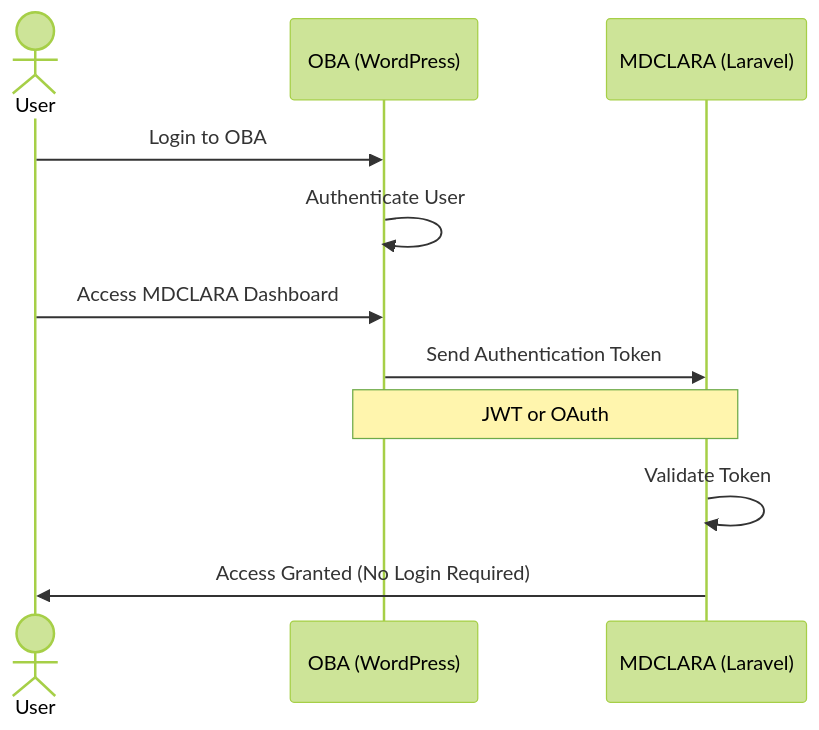
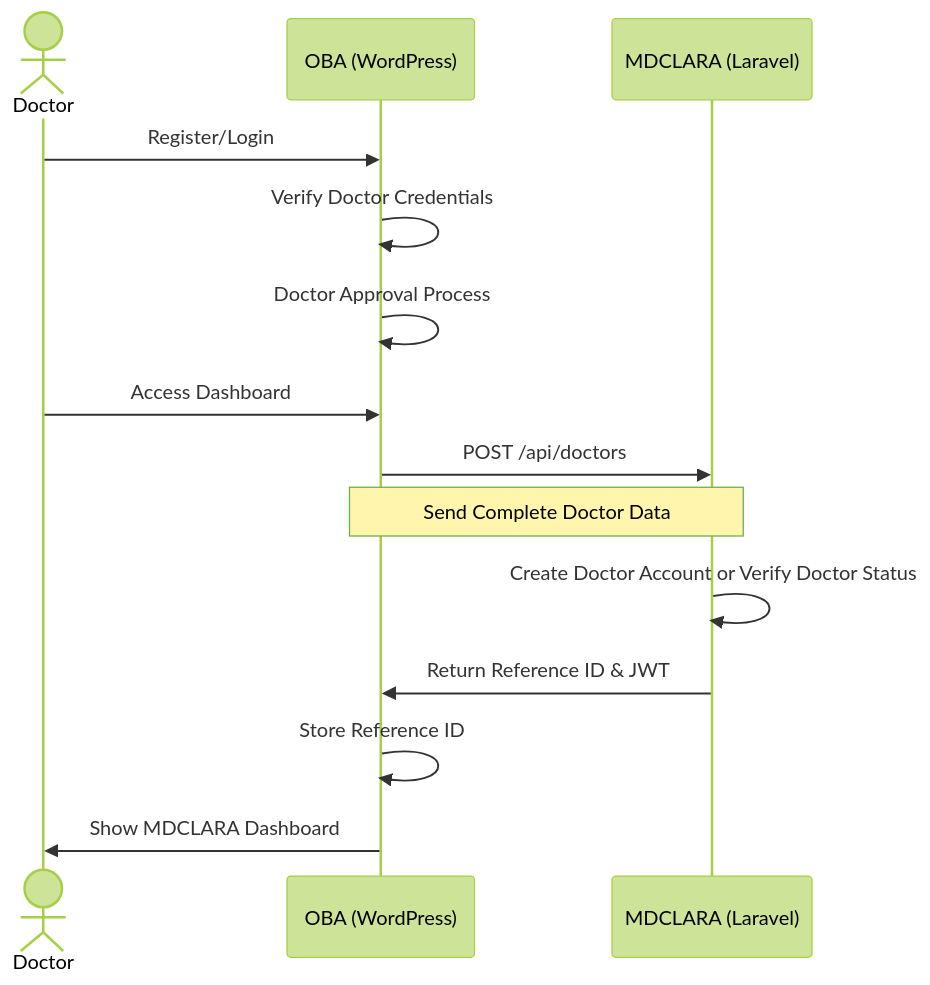
The first of 5 diagrams in simple.md (MOHAMEDHESMAM8/obahealthclub), drawn with Mermaid (forest theme) before and after one commit. The commit also changed other lines of this file and 4 other files, not shown here.

````diff
--- a/simple.md
+++ b/simple.md
@@ -5,14 +6,17 @@
 ```mermaid
 sequenceDiagram
-    actor User
+    actor Doctor
     participant OBA as OBA (WordPress)
     participant MDCLARA as MDCLARA (Laravel)
-    
-    User->>OBA: Login to OBA
-    OBA->>OBA: Authenticate User
-    User->>OBA: Access MDCLARA Dashboard
-    OBA->>MDCLARA: Send Authentication Token
-    Note over OBA,MDCLARA: JWT or OAuth
-    MDCLARA->>MDCLARA: Validate Token
-    MDCLARA->>User: Access Granted (No Login Required)
+    Doctor->>OBA: Register/Login
+    OBA->>OBA: Verify Doctor Credentials
+    OBA->>OBA: Doctor Approval Process
+    Doctor->>OBA: Access Dashboard
+    OBA->>MDCLARA: POST /api/doctors
+    Note over OBA,MDCLARA: Send Complete Doctor Data
+    MDCLARA->>MDCLARA: Create Doctor Account or Verify Doctor Status 
+    MDCLARA->>OBA: Return Reference ID & JWT
+    OBA->>OBA: Store Reference ID
+    OBA->>Doctor: Show MDCLARA Dashboard
+
 ```
````
